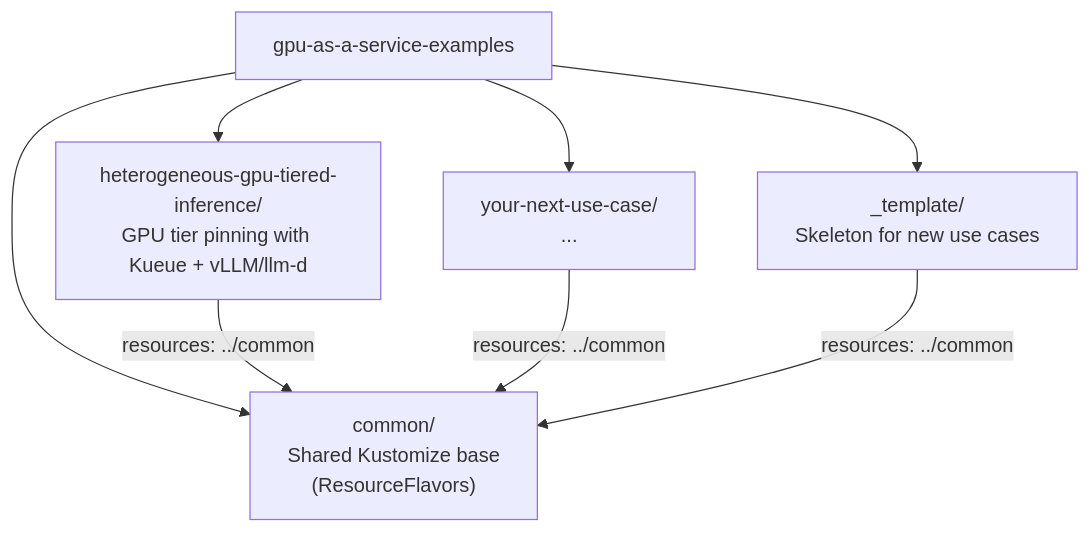
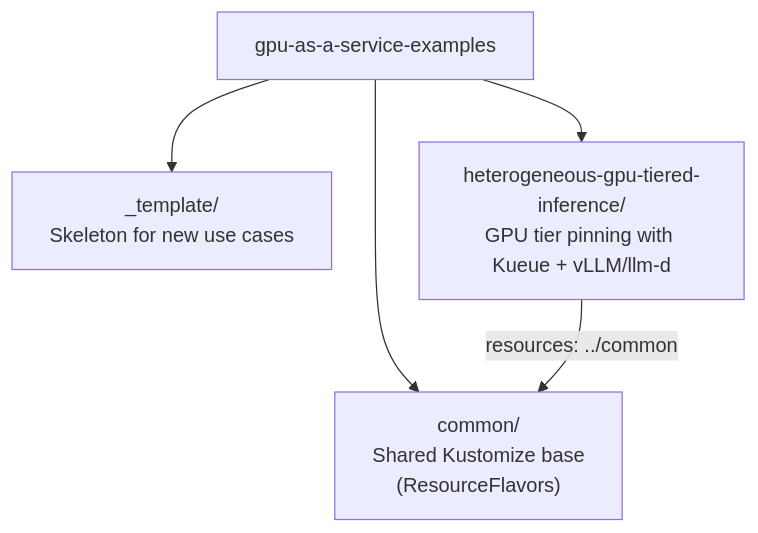
One commit to rrbanda/gpu-as-a-service-examples changed the first of 2 diagrams in README.md. Above: the diagram before and after it, drawn with Mermaid. The commit also changed other lines of this file, not shown here.

First line of the commit message:
Enhance root README with comprehensive documentation

````diff
--- a/README.md
+++ b/README.md
@@ -7,17 +20,13 @@
 ```mermaid
 flowchart TD
     Root["gpu-as-a-service-examples"]
     Common["common/\nShared Kustomize base\n(ResourceFlavors)"]
     Template["_template/\nSkeleton for new use cases"]
     UC1["heterogeneous-gpu-tiered-inference/\nGPU tier pinning with Kueue + vLLM/llm-d"]
-    UC2["your-next-use-case/\n..."]
 
     Root --> Common
     Root --> Template
     Root --> UC1
-    Root --> UC2
 
     UC1 -->|"resources: ../common"| Common
-    UC2 -->|"resources: ../common"| Common
-    Template -->|"resources: ../common"| Common
 ```
````
